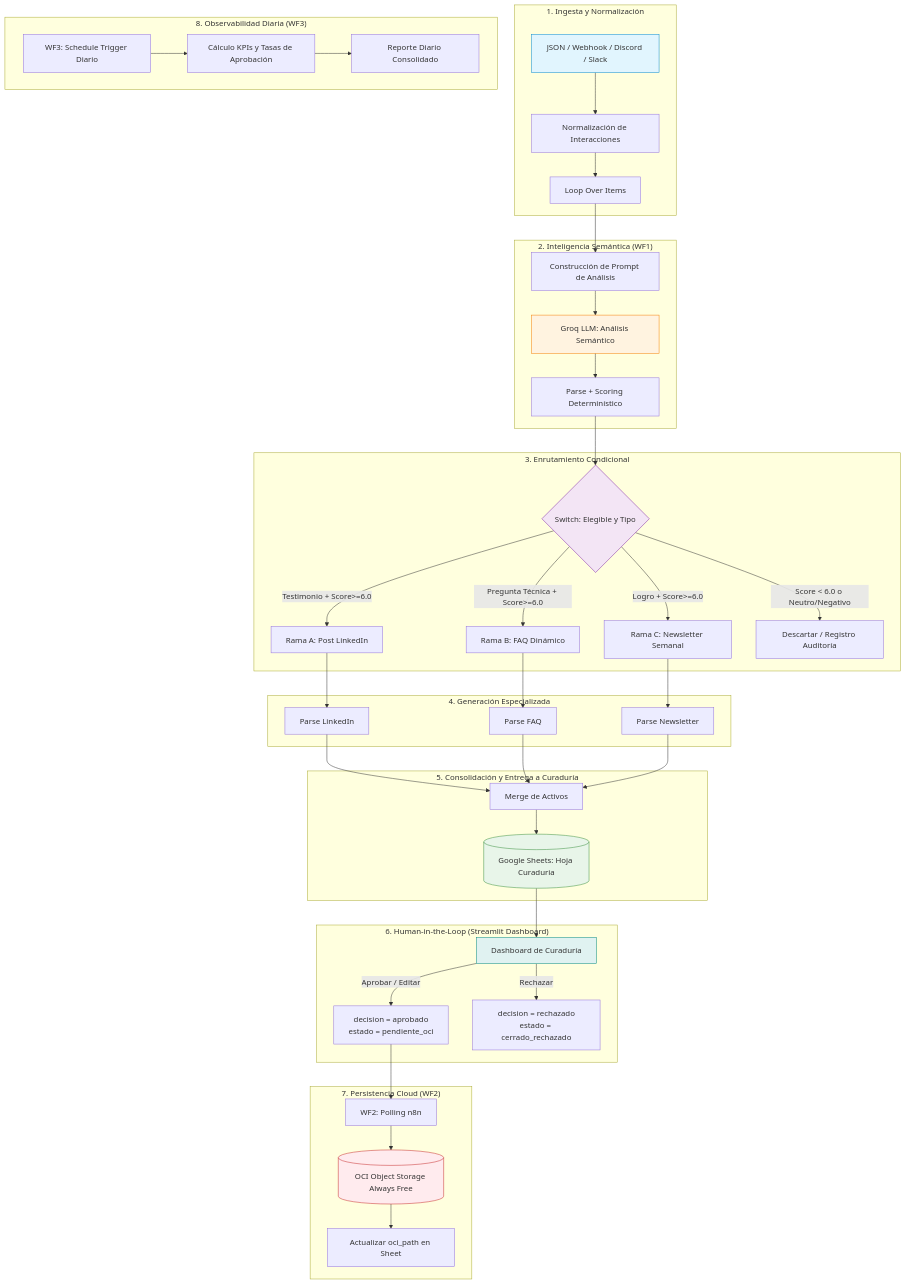
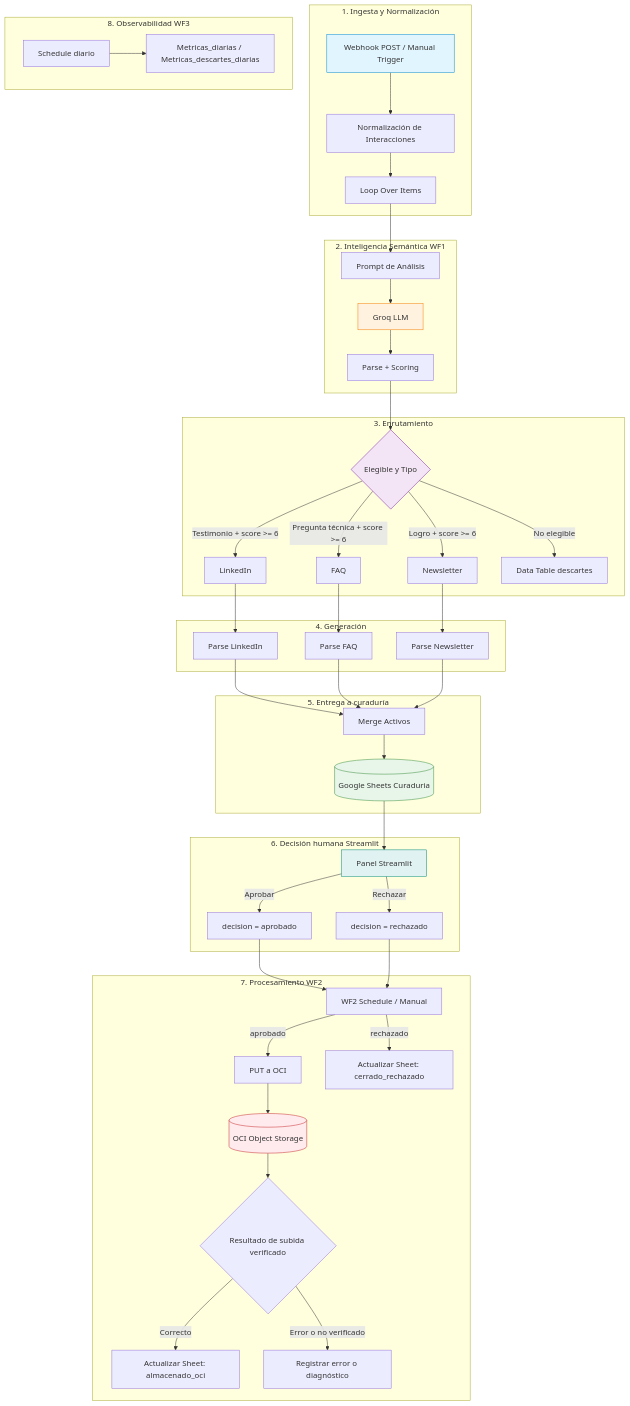
One commit to FerIqm1993/Proyecto-Equipo-36 changed the diagram in communitylab/README.md. Above: the diagram before and after it, drawn with Mermaid. The commit also changed other lines of this file, not shown here.

````diff
--- a/communitylab/README.md
+++ b/communitylab/README.md
@@ -37,58 +57,62 @@
 ```mermaid
 flowchart TD
-    subgraph INGESTA["1. Ingesta y Normalización"]
-        A[JSON / Webhook / Discord / Slack] --> B[Normalización de Interacciones]
-        B --> C[Loop Over Items]
-    end
+subgraph INGESTA["1. Ingesta y Normalización"]
+A[Webhook POST / Manual Trigger] --> B[Normalización de Interacciones]
+B --> C[Loop Over Items]
+end
 
-    subgraph PROCESAMIENTO["2. Inteligencia Semántica (WF1)"]
-        C --> D[Construcción de Prompt de Análisis]
-        D --> E[Groq LLM: Análisis Semántico]
-        E --> F[Parse + Scoring Determinístico]
-    end
+subgraph PROCESAMIENTO["2. Inteligencia Semántica WF1"]
+C --> D[Prompt de Análisis]
+D --> E[Groq LLM]
+E --> F[Parse + Scoring]
+end
 
-    subgraph BIFURCACION["3. Enrutamiento Condicional"]
-        F --> G{Switch: Elegible y Tipo}
-        G -->|Testimonio + Score>=6.0| H[Rama A: Post LinkedIn]
-        G -->|Pregunta Técnica + Score>=6.0| I[Rama B: FAQ Dinámico]
-        G -->|Logro + Score>=6.0| J[Rama C: Newsletter Semanal]
-        G -->|Score < 6.0 o Neutro/Negativo| K[Descartar / Registro Auditoría]
-    end
+subgraph BIFURCACION["3. Enrutamiento"]
+F --> G{Elegible y Tipo}
+G -->|Testimonio + score >= 6| H[LinkedIn]
+G -->|Pregunta técnica + score >= 6| I[FAQ]
+G -->|Logro + score >= 6| J[Newsletter]
+G -->|No elegible| K[Data Table descartes]
+end
 
-    subgraph GENERACION["4. Generación Especializada"]
-        H --> L[Parse LinkedIn]
-        I --> M[Parse FAQ]
-        J --> N[Parse Newsletter]
-    end
+subgraph GENERACION["4. Generación"]
+H --> L[Parse LinkedIn]
+I --> M[Parse FAQ]
+J --> N[Parse Newsletter]
+end
 
-    subgraph CONSOLIDACION["5. Consolidación y Entrega a Curaduría"]
-        L --> O[Merge de Activos]
-        M --> O
-        N --> O
-        O --> P[(Google Sheets: Hoja Curaduria)]
-    end
+subgraph COLA["5. Entrega a curaduría"]
+L --> O[Merge Activos]
+M --> O
+N --> O
+O --> P[(Google Sheets Curaduria)]
+end
 
-    subgraph CURADURIA["6. Human-in-the-Loop (Streamlit Dashboard)"]
-        P --> Q[Dashboard de Curaduría]
-        Q -->|Aprobar / Editar| R[decision = aprobado<br/>estado = pendiente_oci]
-        Q -->|Rechazar| S[decision = rechazado<br/>estado = cerrado_rechazado]
-    end
+subgraph HITL["6. Decisión humana Streamlit"]
+P --> Q[Panel Streamlit]
+Q -->|Aprobar| R[decision = aprobado]
+Q -->|Rechazar| S[decision = rechazado]
+end
 
-    subgraph NUBE_OCI["7. Persistencia Cloud (WF2)"]
-        R --> T[WF2: Polling n8n]
-        T --> U[(OCI Object Storage Always Free)]
-        U --> V[Actualizar oci_path en Sheet]
-    end
+subgraph WF2["7. Procesamiento WF2"]
+R --> T[WF2 Schedule / Manual]
+S --> T
+T -->|aprobado| PUT[PUT a OCI]
+PUT --> X[(OCI Object Storage)]
+X --> CHECK{Resultado de subida verificado}
+CHECK -->|Correcto| U[Actualizar Sheet: almacenado_oci]
+CHECK -->|Error o no verificado| W[Registrar error o diagnóstico]
+T -->|rechazado| V[Actualizar Sheet: cerrado_rechazado]
+end
 
-    subgraph METRICAS["8. Observabilidad Diaria (WF3)"]
-        W[WF3: Schedule Trigger Diario] --> X[Cálculo KPIs y Tasas de Aprobación]
-        X --> Y[Reporte Diario Consolidado]
-    end
+subgraph METRICAS["8. Observabilidad WF3"]
+Y[Schedule diario] --> Z[Metricas_diarias / Metricas_descartes_diarias]
+end
 
-    style A fill:#e1f5fe,stroke:#0288d1
-    style E fill:#fff3e0,stroke:#f57c00
-    style G fill:#f3e5f5,stroke:#7b1fa2
-    style P fill:#e8f5e9,stroke:#388e3c
-    style Q fill:#e0f2f1,stroke:#00897b
-    style U fill:#ffebee,stroke:#c62828
+style A fill:#e1f5fe,stroke:#0288d1
+style E fill:#fff3e0,stroke:#f57c00
+style G fill:#f3e5f5,stroke:#7b1fa2
+style P fill:#e8f5e9,stroke:#388e3c
+style Q fill:#e0f2f1,stroke:#00897b
+style X fill:#ffebee,stroke:#c62828
 ```
````
